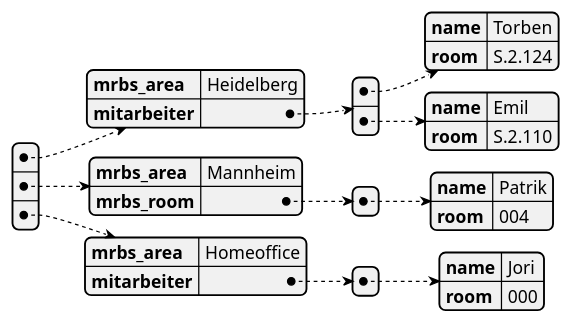
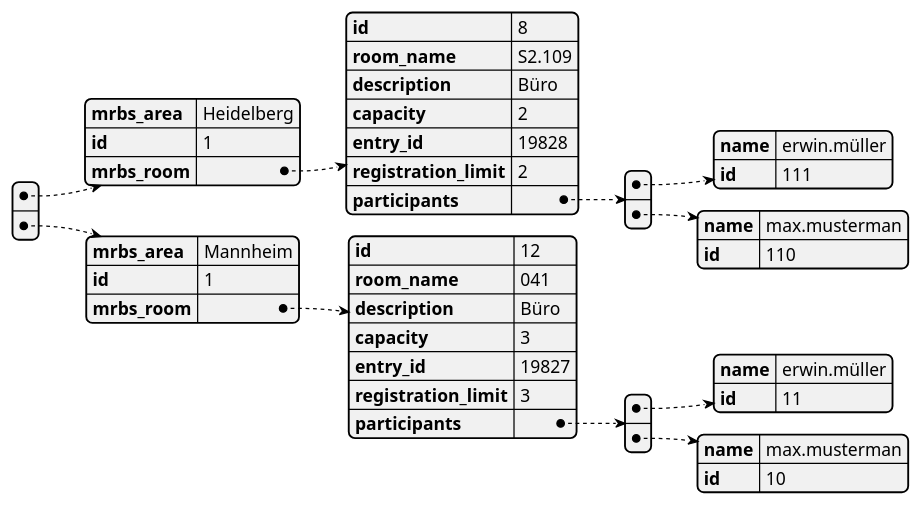
Before and after one commit to Martin1088/Plantuml-With-Screenreader: the diagram in Projekte/Verbis/Standort.puml, drawn with PlantUML. The commit also changed 38 other files, not shown here.

```diff
--- a/Projekte/Verbis/Standort.puml
+++ b/Projekte/Verbis/Standort.puml
@@ -1,23 +1,36 @@
 @startjson
 [
     {
         "mrbs_area": "Heidelberg",
-        "mitarbeiter": [
-            {"name": "Torben", "room": "S.2.124"},
-            {"name": "Emil", "room": "S.2.110"}
-        ]
+        "id": 1,
+        "mrbs_room": {
+            "id": 8,
+            "room_name": "S2.109",
+            "description": "Büro",
+            "capacity": 2,
+            "entry_id": 19828,
+            "registration_limit": 2,
+            "participants":[
+                {"name": "erwin.müller", "id": 111},
+                {"name": "max.musterman", "id": 110}
+            ]
+        }
     },
     {
         "mrbs_area": "Mannheim",
-        "mrbs_room": [
-            {"name" : "Patrik", "room": "004"}
-        ]
-    },
-    {
-        "mrbs_area" : "Homeoffice",
-        "mitarbeiter" : [
-            {"name" : "Jori", "room" : "000"}
-        ]
-    }
+        "id": 1,
+        "mrbs_room": {
+            "id": 12,
+            "room_name": "041",
+            "description": "Büro",
+            "capacity": 3,
+            "entry_id": 19827,
+            "registration_limit": 3,
+            "participants":[
+                {"name": "erwin.müller", "id": 11},
+                {"name": "max.musterman", "id": 10}
+            ]
+        }
+    }    
 ]
 @endjson
```
